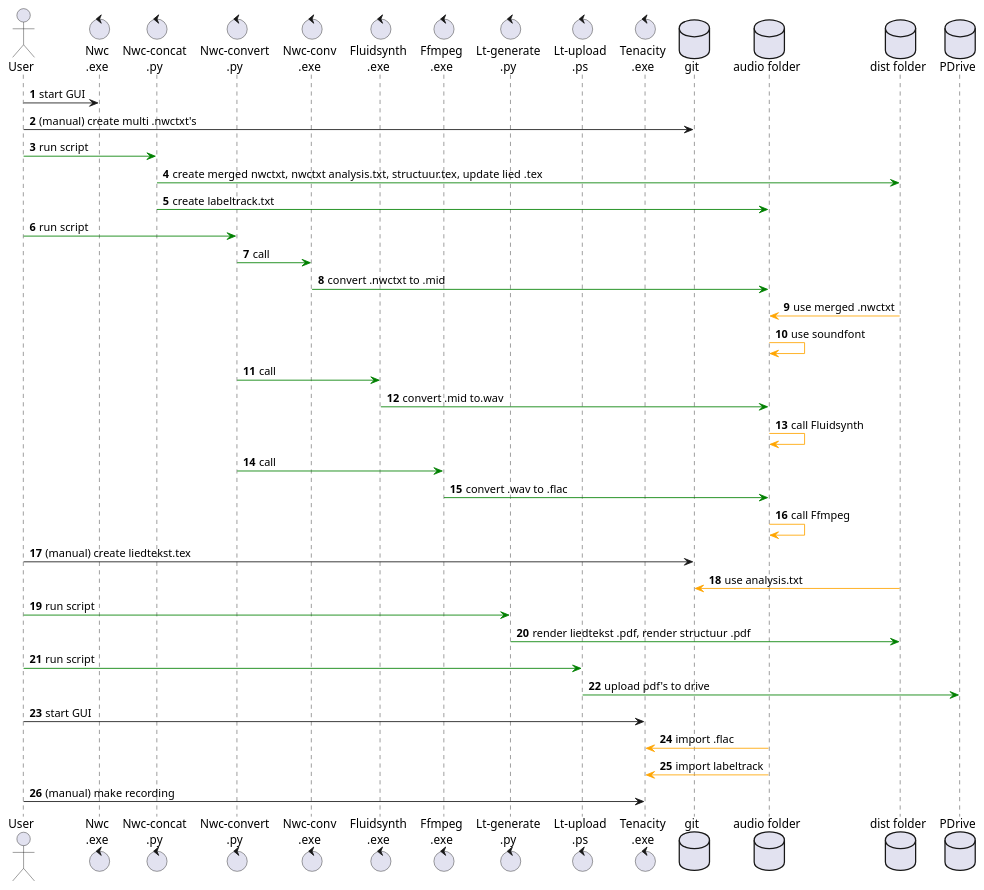
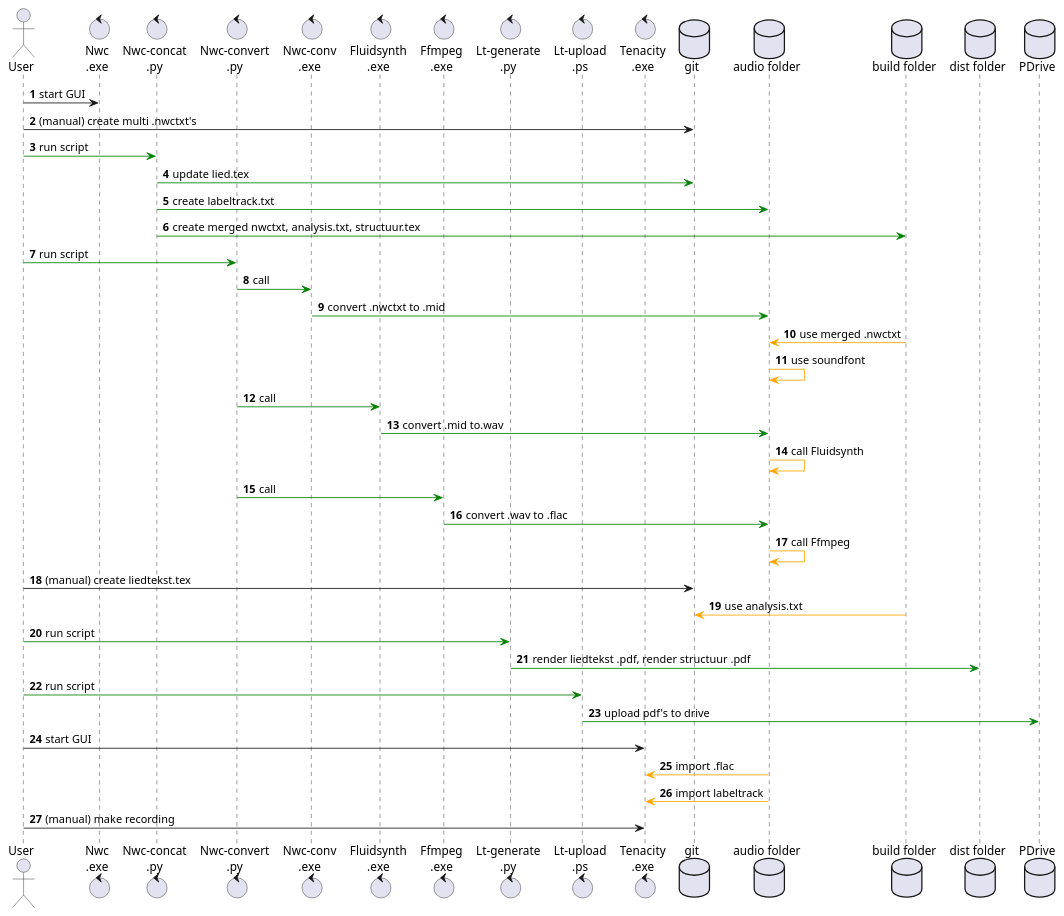
Before and after one commit to real70discohits/liedteksten-code: the diagram in project/schema.pu, drawn with PlantUML. The commit also changed 3 other files, not shown here.

```diff
--- a/project/schema.pu
+++ b/project/schema.pu
@@ -1,44 +1,57 @@
 @startuml
 actor       User       as u1
 control     "Nwc\n.exe"     as nwc
 control     "Nwc-concat\n.py"      as nwconcpy
 control     "Nwc-convert\n.py"      as nwconvpy
 control     "Nwc-conv\n.exe"  as nwconvexe
 control     "Fluidsynth\n.exe"   as fluid
 control     "Ffmpeg\n.exe" as ffmpeg
 control     "Lt-generate\n.py" as ltgenerate
 control     "Lt-upload\n.ps"    as ltupload
 control     "Tenacity\n.exe"  as tenacity
 database    "git" as repos
-database    "audio folder" as audio_output_folder
+database    "audio folder" as audio
+database    "build folder" as build
 database    "dist folder" as dist
 database    PDrive as pdrive
 
 autonumber
 u1 -> nwc : start GUI
 u1 -> repos: (manual) create multi .nwctxt's
 u1 -[#green]> nwconcpy : run script
-nwconcpy -[#green]> dist: create merged nwctxt, nwctxt analysis.txt, structuur.tex, update lied .tex
-nwconcpy -[#green]> audio_output_folder: create labeltrack.txt
+
+' concat
+nwconcpy -[#green]> repos: update lied.tex
+nwconcpy -[#green]> audio : create labeltrack.txt
+nwconcpy -[#green]> build: create merged nwctxt, analysis.txt, structuur.tex
+
+' convert
 u1 -[#green]> nwconvpy : run script
 nwconvpy -[#green]> nwconvexe : call
-nwconvexe -[#green]> audio_output_folder: convert .nwctxt to .mid
-dist -[#orange]> audio_output_folder: use merged .nwctxt
-audio_output_folder -[#orange]> audio_output_folder: use soundfont
+nwconvexe -[#green]> audio: convert .nwctxt to .mid
+build -[#orange]> audio: use merged .nwctxt
+audio -[#orange]> audio: use soundfont
 nwconvpy -[#green]> fluid : call
-fluid -[#green]> audio_output_folder: convert .mid to.wav
-audio_output_folder -[#orange]> audio_output_folder: call Fluidsynth
+fluid -[#green]> audio : convert .mid to.wav
+audio -[#orange]> audio: call Fluidsynth
 nwconvpy -[#green]> ffmpeg : call
-ffmpeg -[#green]> audio_output_folder: convert .wav to .flac
-audio_output_folder -[#orange]> audio_output_folder: call Ffmpeg
+ffmpeg -[#green]> audio : convert .wav to .flac
+audio -[#orange]> audio: call Ffmpeg
+
+' lyrics
 u1 -> repos: (manual) create liedtekst.tex
-dist -[#orange]> repos: use analysis.txt
+build -[#orange]> repos: use analysis.txt
+
 u1 -[#green]> ltgenerate : run script
 ltgenerate -[#green]> dist: render liedtekst .pdf, render structuur .pdf
+
+' upload (in the near future, upload will be after record)
 u1 -[#green]> ltupload : run script
 ltupload -[#green]> pdrive : upload pdf's to drive
+
+' record
 u1 -> tenacity : start GUI
-tenacity <[#orange]- audio_output_folder: import .flac 
-tenacity <[#orange]- audio_output_folder: import labeltrack
+tenacity <[#orange]- audio : import .flac 
+tenacity <[#orange]- audio : import labeltrack
 u1 -> tenacity : (manual) make recording
 @enduml
```
